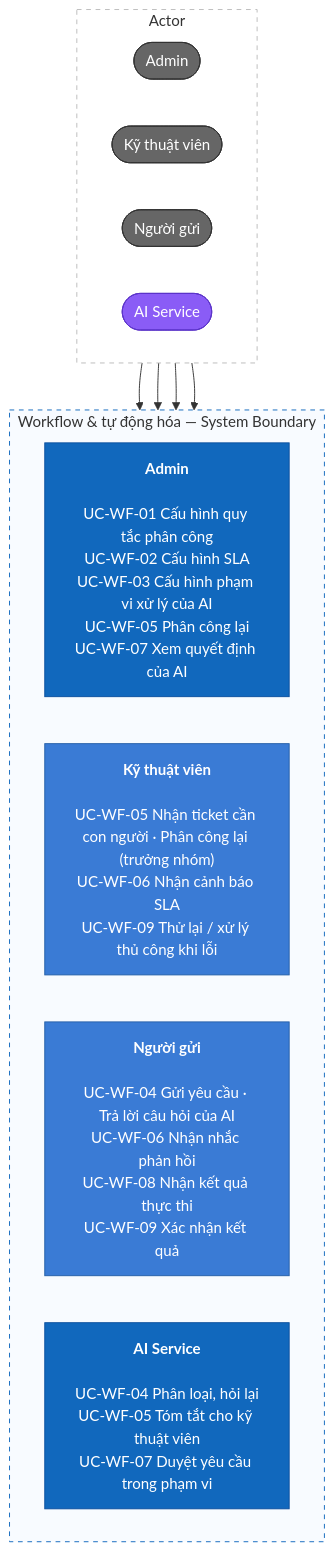
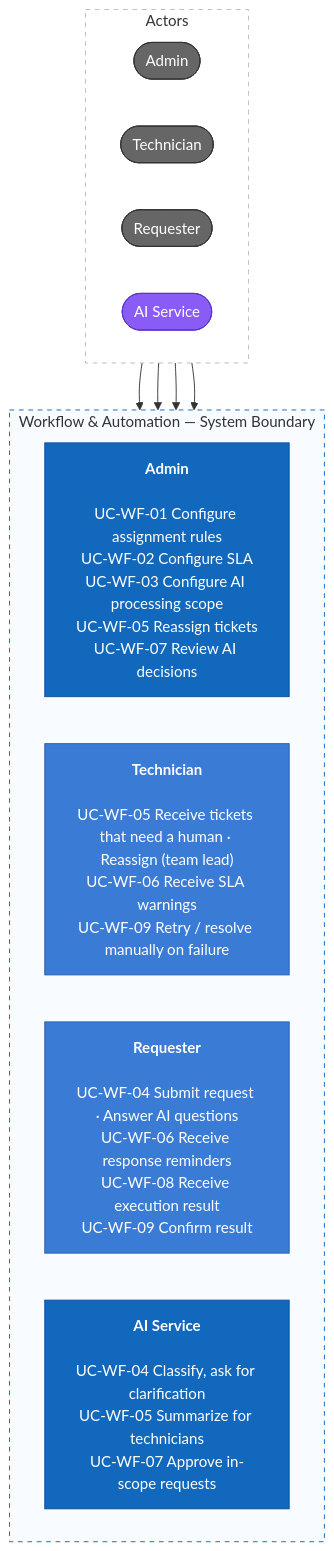
One commit to Akaza-ban/Fable changed the second of 2 diagrams in README.md. Above: the diagram before and after it, drawn with Mermaid. The commit also changed other lines of this file and 7 other files, not shown here.

````diff
--- a/README.md
+++ b/README.md
@@ -74,34 +74,34 @@
 ```mermaid
 flowchart TB
-    subgraph roles["Actor"]
+    subgraph roles["Actors"]
         direction LR
         admin(["Admin"])
-        tech(["Kỹ thuật viên"])
-        requester(["Người gửi"])
+        tech(["Technician"])
+        requester(["Requester"])
         ai(["AI Service"])
     end
 
-    subgraph system["Workflow & tự động hóa — System Boundary"]
+    subgraph system["Workflow & Automation — System Boundary"]
         direction LR
-        adminCases["<b>Admin</b><br/><br/>UC-WF-01 Cấu hình quy tắc phân công<br/>UC-WF-02 Cấu hình SLA<br/>UC-WF-03 Cấu hình phạm vi xử lý của AI<br/>UC-WF-05 Phân công lại<br/>UC-WF-07 Xem quyết định của AI"]
-        techCases["<b>Kỹ thuật viên</b><br/><br/>UC-WF-05 Nhận ticket cần con người · Phân công lại (trưởng nhóm)<br/>UC-WF-06 Nhận cảnh báo SLA<br/>UC-WF-09 Thử lại / xử lý thủ công khi lỗi"]
-        requesterCases["<b>Người gửi</b><br/><br/>UC-WF-04 Gửi yêu cầu · Trả lời câu hỏi của AI<br/>UC-WF-06 Nhận nhắc phản hồi<br/>UC-WF-08 Nhận kết quả thực thi<br/>UC-WF-09 Xác nhận kết quả"]
-        aiCases["<b>AI Service</b><br/><br/>UC-WF-04 Phân loại, hỏi lại<br/>UC-WF-05 Tóm tắt cho kỹ thuật viên<br/>UC-WF-07 Duyệt yêu cầu trong phạm vi"]
+        adminCases["<b>Admin</b><br/><br/>UC-WF-01 Configure assignment rules<br/>UC-WF-02 Configure SLA<br/>UC-WF-03 Configure AI processing scope<br/>UC-WF-05 Reassign tickets<br/>UC-WF-07 Review AI decisions"]
+        techCases["<b>Technician</b><br/><br/>UC-WF-05 Receive tickets that need a human · Reassign (team lead)<br/>UC-WF-06 Receive SLA warnings<br/>UC-WF-09 Retry / resolve manually on failure"]
+        requesterCases["<b>Requester</b><br/><br/>UC-WF-04 Submit request · Answer AI questions<br/>UC-WF-06 Receive response reminders<br/>UC-WF-08 Receive execution result<br/>UC-WF-09 Confirm result"]
+        aiCases["<b>AI Service</b><br/><br/>UC-WF-04 Classify, ask for clarification<br/>UC-WF-05 Summarize for technicians<br/>UC-WF-07 Approve in-scope requests"]
     end
 
     admin --> adminCases
     tech --> techCases
     requester --> requesterCases
     ai --> aiCases
 
     classDef actor fill:#666,color:#fff,stroke:#333
     classDef sysactor fill:#8a5cf6,color:#fff,stroke:#5b34c9
     classDef primary fill:#1168bd,color:#fff,stroke:#0b4f9e
     classDef standard fill:#3a7bd5,color:#fff,stroke:#245fa8
     class admin,tech,requester actor
     class ai sysactor
     class adminCases,aiCases primary
     class techCases,requesterCases standard
     style roles fill:#fff,stroke:#bbb,stroke-dasharray:5 5
     style system fill:#f8fbff,stroke:#1168bd,stroke-dasharray:5 5
 ```
````
